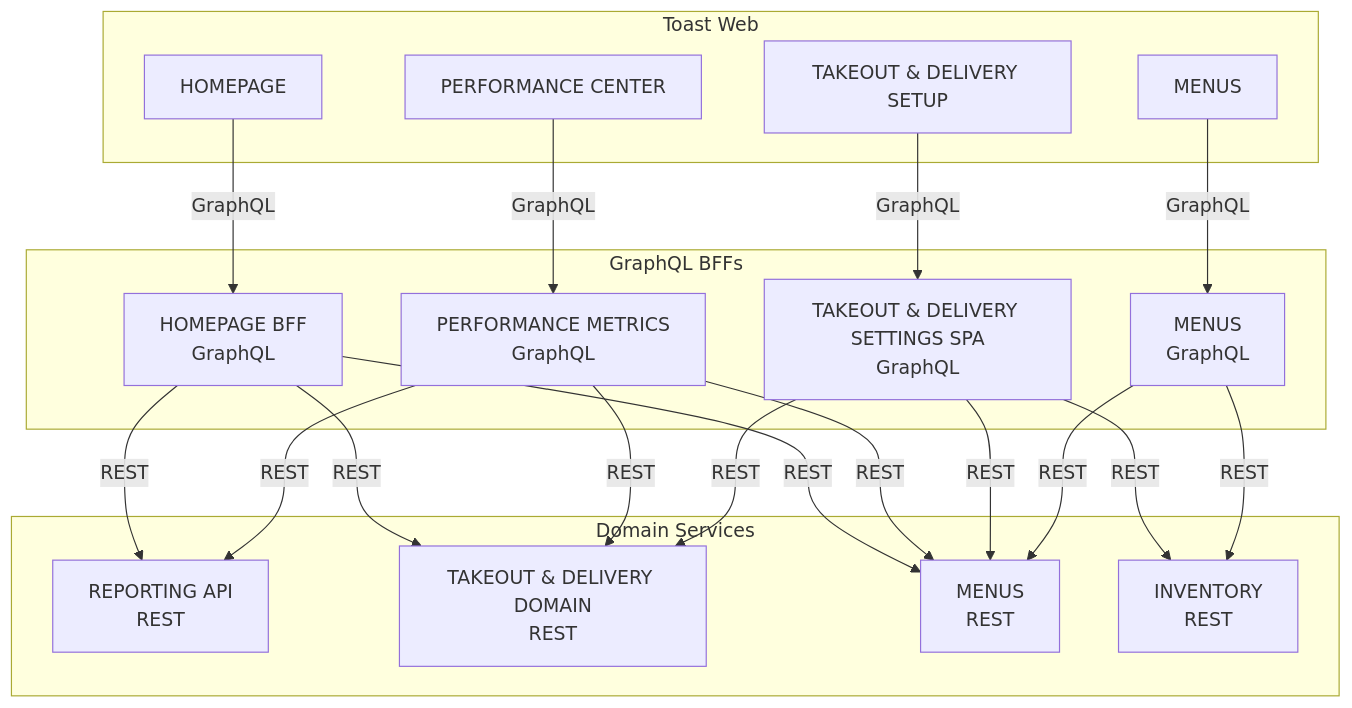
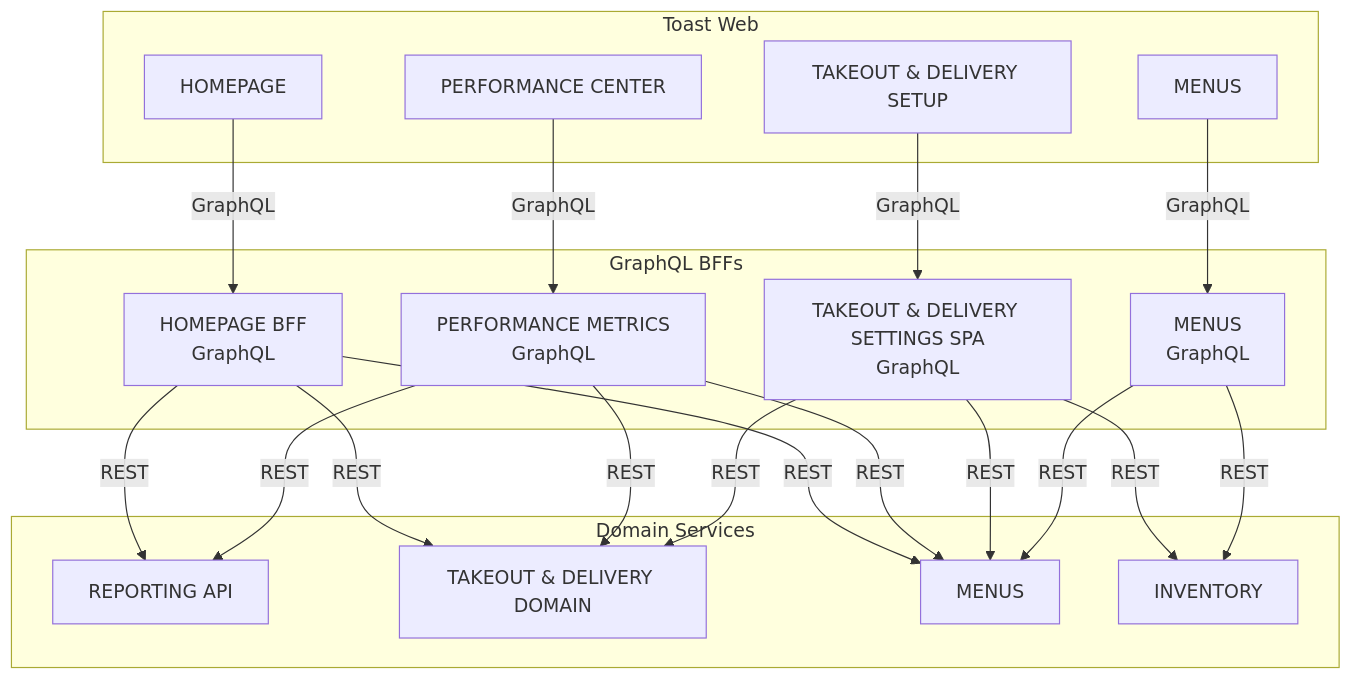
Before and after one commit to graphql-hive/console: the first of 2 diagrams in packages/web/docs/src/app/case-studies/(posts)/toast/page.mdx, drawn with Mermaid.

Commit message:
Simplify the flowchart

````diff
--- a/packages/web/docs/src/app/case-studies/(posts)/toast/page.mdx
+++ b/packages/web/docs/src/app/case-studies/(posts)/toast/page.mdx
@@ -266,43 +266,43 @@
 ```mermaid
 flowchart TB
   subgraph Domains["Domain Services"]
-    reporting_rest["REPORTING API\nREST"]
-    takeout_rest["TAKEOUT & DELIVERY DOMAIN\nREST"]
-    menus_rest["MENUS\nREST"]
-    inventory_rest["INVENTORY\nREST"]
+    reporting_rest["REPORTING API"]
+    takeout_rest["TAKEOUT & DELIVERY DOMAIN"]
+    menus_rest["MENUS"]
+    inventory_rest["INVENTORY"]
   end
 
   subgraph BFFs["GraphQL BFFs"]
     homepage_bff["HOMEPAGE BFF\nGraphQL"]
     metrics_bff["PERFORMANCE METRICS\nGraphQL"]
     takeout_bff["TAKEOUT & DELIVERY SETTINGS SPA\nGraphQL"]
     menus_bff["MENUS\nGraphQL"]
   end
 
   subgraph ToastWeb["Toast Web"]
     homepage["HOMEPAGE"]
     performance["PERFORMANCE CENTER"]
     takeout_setup["TAKEOUT & DELIVERY SETUP"]
     menus_app["MENUS"]
   end
 
   homepage -- "GraphQL" --> homepage_bff
   performance -- "GraphQL" --> metrics_bff
   takeout_setup -- "GraphQL" --> takeout_bff
   menus_app -- "GraphQL" --> menus_bff
 
   homepage_bff -- "REST" --> reporting_rest
   homepage_bff -- "REST" --> takeout_rest
   homepage_bff -- "REST" --> menus_rest
 
   metrics_bff -- "REST" --> reporting_rest
   metrics_bff -- "REST" --> takeout_rest
   metrics_bff -- "REST" --> menus_rest
 
   takeout_bff -- "REST" --> takeout_rest
   takeout_bff -- "REST" --> menus_rest
   takeout_bff -- "REST" --> inventory_rest
 
   menus_bff -- "REST" --> menus_rest
   menus_bff -- "REST" --> inventory_rest
 ```
````
